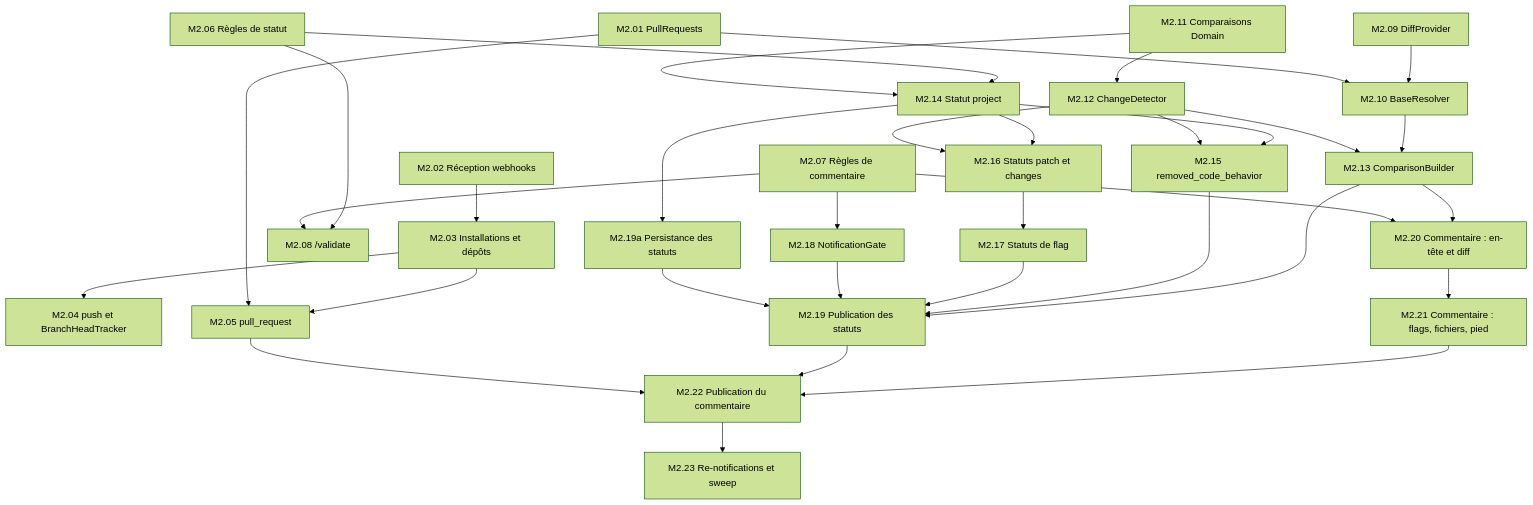
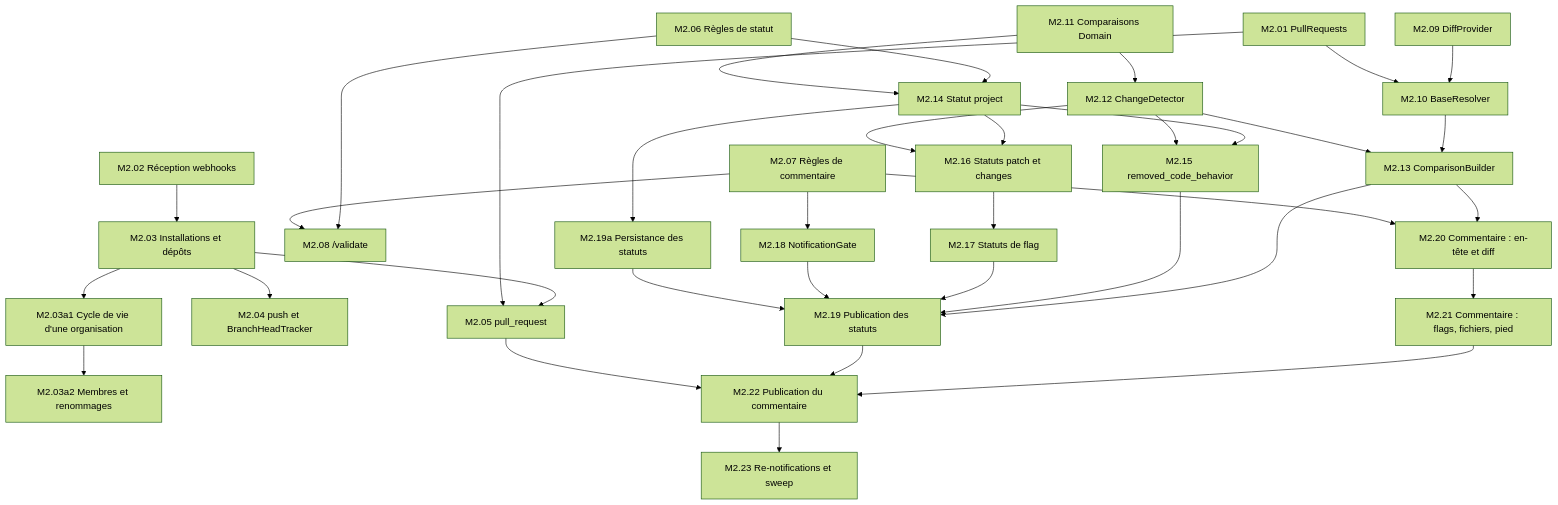
One commit to gaetanthouvenin/code-coverage changed the fourth of 6 diagrams in docs/PLAN.md. Above: the diagram before and after it, drawn with Mermaid (forest theme). The commit also changed other lines of this file and 3 other files, not shown here.

````diff
--- a/docs/PLAN.md
+++ b/docs/PLAN.md
@@ -248,36 +276,38 @@
 ```mermaid
 graph TD
   M2_01["M2.01 PullRequests"]
   M2_02["M2.02 Réception webhooks"] --> M2_03["M2.03 Installations et dépôts"]
+  M2_03 --> M2_03a1["M2.03a1 Cycle de vie d'une organisation"]
+  M2_03a1 --> M2_03a2["M2.03a2 Membres et renommages"]
   M2_03 --> M2_04["M2.04 push et BranchHeadTracker"]
   M2_03 --> M2_05["M2.05 pull_request"]
   M2_01 --> M2_05
   M2_06["M2.06 Règles de statut"] --> M2_08["M2.08 /validate"]
   M2_07["M2.07 Règles de commentaire"] --> M2_08
   M2_09["M2.09 DiffProvider"] --> M2_10["M2.10 BaseResolver"]
   M2_01 --> M2_10
   M2_11["M2.11 Comparaisons Domain"] --> M2_12["M2.12 ChangeDetector"]
   M2_10 --> M2_13["M2.13 ComparisonBuilder"]
   M2_12 --> M2_13
   M2_06 --> M2_14["M2.14 Statut project"]
   M2_11 --> M2_14
   M2_14 --> M2_15["M2.15 removed_code_behavior"]
   M2_12 --> M2_15
   M2_14 --> M2_16["M2.16 Statuts patch et changes"]
   M2_12 --> M2_16
   M2_16 --> M2_17["M2.17 Statuts de flag"]
   M2_07 --> M2_18["M2.18 NotificationGate"]
   M2_14 --> M2_19a["M2.19a Persistance des statuts"]
   M2_13 --> M2_19["M2.19 Publication des statuts"]
   M2_15 --> M2_19
   M2_17 --> M2_19
   M2_18 --> M2_19
   M2_19a --> M2_19
   M2_13 --> M2_20["M2.20 Commentaire : en-tête et diff"]
   M2_07 --> M2_20
   M2_20 --> M2_21["M2.21 Commentaire : flags, fichiers, pied"]
   M2_21 --> M2_22["M2.22 Publication du commentaire"]
   M2_19 --> M2_22
   M2_05 --> M2_22
   M2_22 --> M2_23["M2.23 Re-notifications et sweep"]
 ```
````
